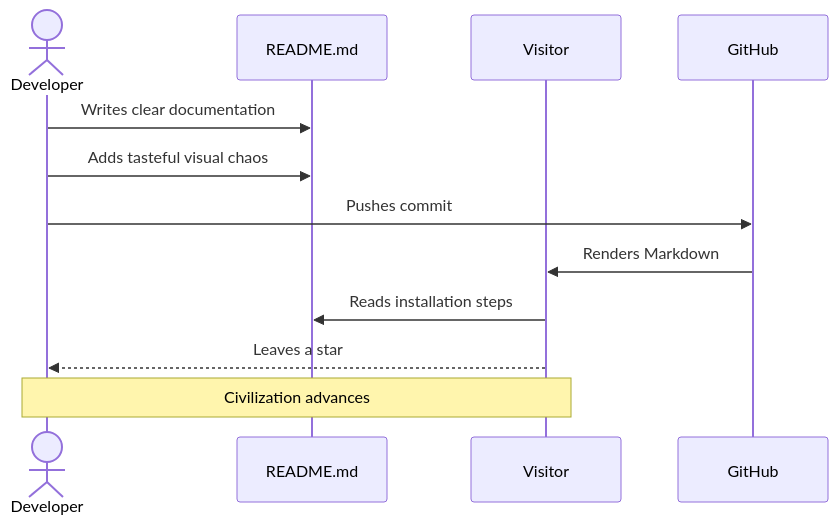
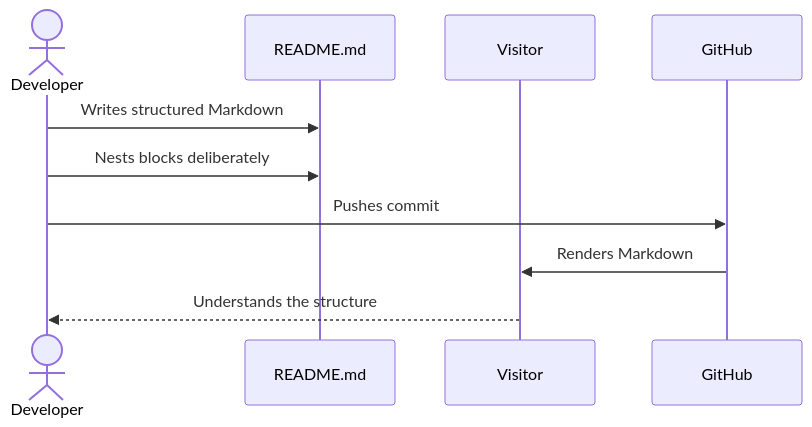
The third of 4 diagrams in README.md (thiepn/markdown), drawn with Mermaid before and after one commit. The commit also changed other lines of this file, not shown here.

````diff
--- a/README.md
+++ b/README.md
@@ -715,15 +853,13 @@
 ```mermaid
 sequenceDiagram
     actor Dev as Developer
     participant MD as README.md
     participant User as Visitor
     participant GitHub
 
-    Dev->>MD: Writes clear documentation
-    Dev->>MD: Adds tasteful visual chaos
+    Dev->>MD: Writes structured Markdown
+    Dev->>MD: Nests blocks deliberately
     Dev->>GitHub: Pushes commit
     GitHub->>User: Renders Markdown
-    User->>MD: Reads installation steps
-    User-->>Dev: Leaves a star
-    Note over Dev,User: Civilization advances
+    User-->>Dev: Understands the structure
 ```
````
